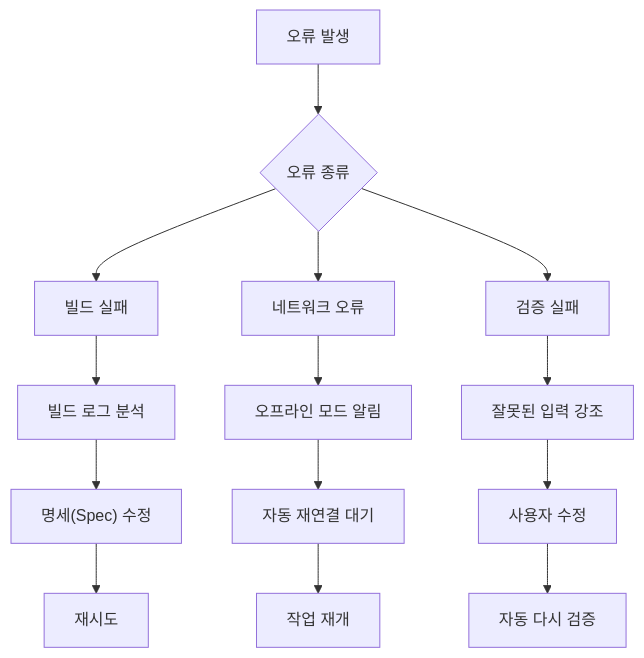
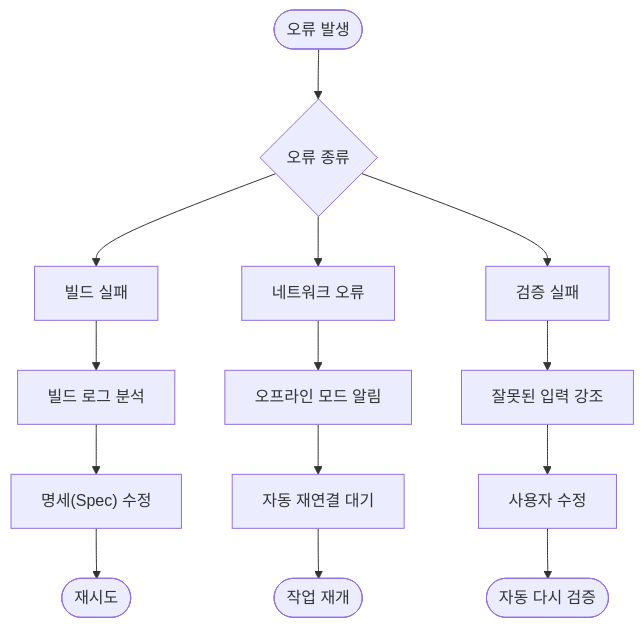
The fourth of 4 diagrams in USER_FLOWS.md (yeongseon/kpubdata-studio), drawn with Mermaid before and after one commit. The commit also changed 2 other files, not shown here.

Commit message:
docs: standardize procedural flowcharts with start/end terminators (#130)
Apply consistent flowchart conventions to the procedural (sequence/branch)
diagrams so they read as proper flowcharts: explicit start/end terminators
(stadium shape) and decision diamonds. Structural diagrams (layer/dependency
maps, file trees) are intentionally left unchanged.

- USER_FLOWS.md: error-recovery flow start/terminal terminators
- UI_SPEC.md: navigation flow start (hub) terminator
- API_CONTRACT.md: HTTP-status branch flow start/terminal terminators

Validated with mermaid-cli render and mkdocs build --strict (exit 0).

````diff
--- a/USER_FLOWS.md
+++ b/USER_FLOWS.md
@@ -143,19 +143,19 @@
 ```mermaid
 flowchart TD
-    Error[오류 발생] --> Type{오류 종류}
+    Error([오류 발생]) --> Type{오류 종류}
     Type --> BuildFail[빌드 실패]
     Type --> NetFail[네트워크 오류]
     Type --> ValFail[검증 실패]
 
     BuildFail --> BuildLog[빌드 로그 분석]
     BuildLog --> EditSpec["명세(Spec) 수정"]
-    EditSpec --> Retry[재시도]
+    EditSpec --> Retry([재시도])
 
     NetFail --> Offline[오프라인 모드 알림]
     Offline --> Reconnect[자동 재연결 대기]
-    Reconnect --> Resume[작업 재개]
+    Reconnect --> Resume([작업 재개])
 
     ValFail --> InputHighlight[잘못된 입력 강조]
     InputHighlight --> CorrectInput[사용자 수정]
-    CorrectInput --> ReValidate[자동 다시 검증]
+    CorrectInput --> ReValidate([자동 다시 검증])
 ```
````
